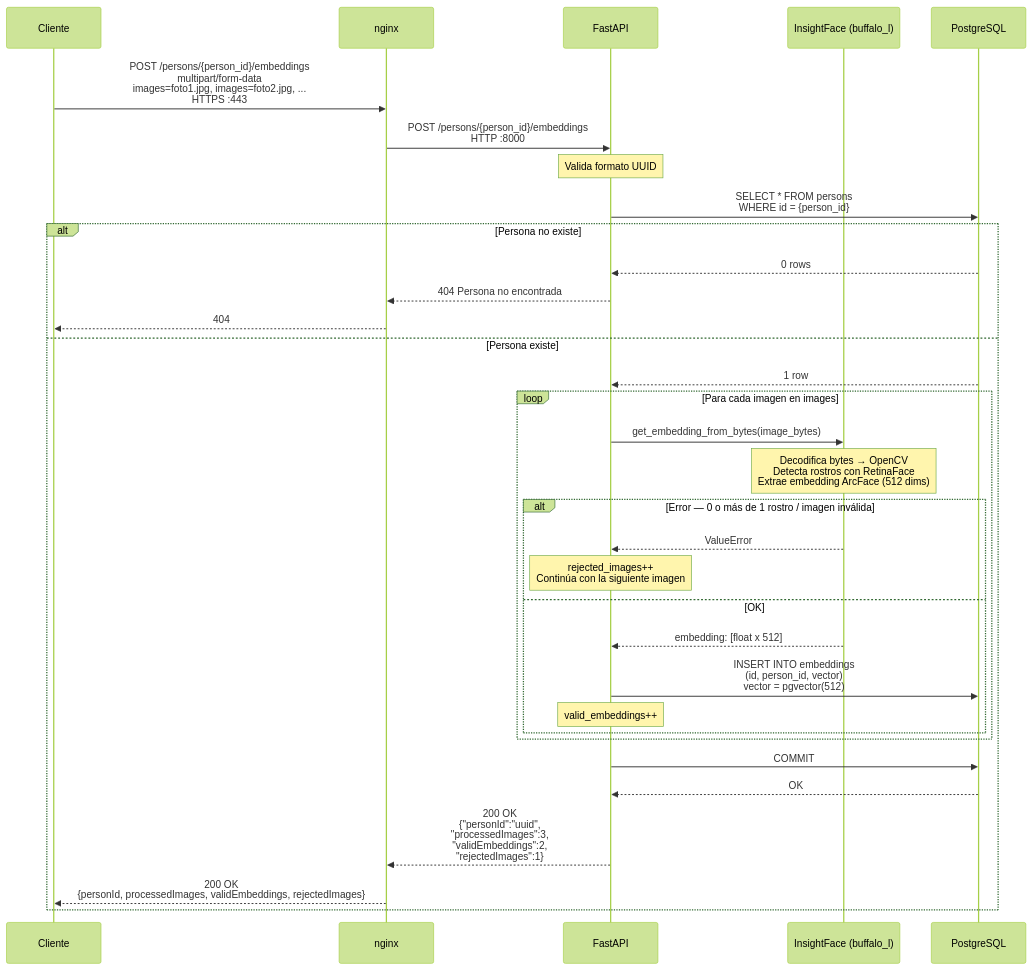
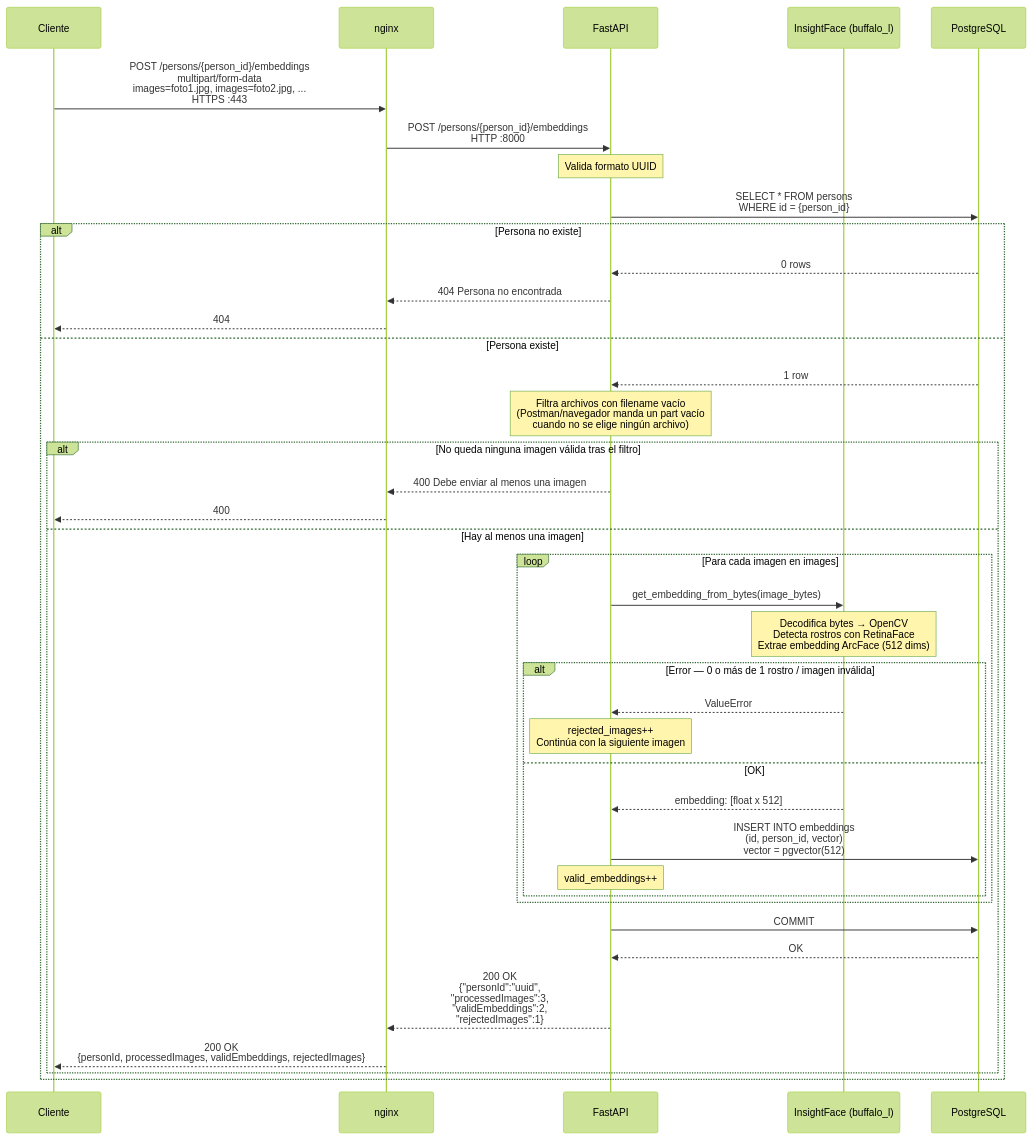
Before and after one commit to bautimacedo/SOA-ComputerVision-2026: the eighth of 13 diagrams in Documentación/SECUENCIAS.md, drawn with Mermaid (forest theme). The commit also changed other lines of this file and 7 other files, not shown here.

Commit message:
Corrección de agregar extra en registrar, endpoint de embeddings no pedia la imagen y actualizamos la documetnacion y el postman

````diff
--- a/Documentación/SECUENCIAS.md
+++ b/Documentación/SECUENCIAS.md
@@ -242,41 +249,48 @@
 ```mermaid
 sequenceDiagram
     participant C as Cliente
     participant N as nginx
     participant F as FastAPI
     participant IF as InsightFace (buffalo_l)
     participant DB as PostgreSQL
 
     C->>N: POST /persons/{person_id}/embeddings<br/>multipart/form-data<br/>images=foto1.jpg, images=foto2.jpg, ...<br/>HTTPS :443
     N->>F: POST /persons/{person_id}/embeddings<br/>HTTP :8000
 
     Note over F: Valida formato UUID
 
     F->>DB: SELECT * FROM persons<br/>WHERE id = {person_id}
 
     alt Persona no existe
         DB-->>F: 0 rows
         F-->>N: 404 Persona no encontrada
         N-->>C: 404
     else Persona existe
         DB-->>F: 1 row
 
-        loop Para cada imagen en images
-            F->>IF: get_embedding_from_bytes(image_bytes)
-            Note over IF: Decodifica bytes → OpenCV<br/>Detecta rostros con RetinaFace<br/>Extrae embedding ArcFace (512 dims)
-            alt Error — 0 o más de 1 rostro / imagen inválida
-                IF-->>F: ValueError
-                Note over F: rejected_images++<br/>Continúa con la siguiente imagen
-            else OK
-                IF-->>F: embedding: [float x 512]
-                F->>DB: INSERT INTO embeddings<br/>(id, person_id, vector)<br/>vector = pgvector(512)
-                Note over F: valid_embeddings++
+        Note over F: Filtra archivos con filename vacío<br/>(Postman/navegador manda un part vacío<br/>cuando no se elige ningún archivo)
+
+        alt No queda ninguna imagen válida tras el filtro
+            F-->>N: 400 Debe enviar al menos una imagen
+            N-->>C: 400
+        else Hay al menos una imagen
+            loop Para cada imagen en images
+                F->>IF: get_embedding_from_bytes(image_bytes)
+                Note over IF: Decodifica bytes → OpenCV<br/>Detecta rostros con RetinaFace<br/>Extrae embedding ArcFace (512 dims)
+                alt Error — 0 o más de 1 rostro / imagen inválida
+                    IF-->>F: ValueError
+                    Note over F: rejected_images++<br/>Continúa con la siguiente imagen
+                else OK
+                    IF-->>F: embedding: [float x 512]
+                    F->>DB: INSERT INTO embeddings<br/>(id, person_id, vector)<br/>vector = pgvector(512)
+                    Note over F: valid_embeddings++
+                end
             end
+
+            F->>DB: COMMIT
+            DB-->>F: OK
+            F-->>N: 200 OK<br/>{"personId":"uuid",<br/>"processedImages":3,<br/>"validEmbeddings":2,<br/>"rejectedImages":1}
+            N-->>C: 200 OK<br/>{personId, processedImages, validEmbeddings, rejectedImages}
         end
-
-        F->>DB: COMMIT
-        DB-->>F: OK
-        F-->>N: 200 OK<br/>{"personId":"uuid",<br/>"processedImages":3,<br/>"validEmbeddings":2,<br/>"rejectedImages":1}
-        N-->>C: 200 OK<br/>{personId, processedImages, validEmbeddings, rejectedImages}
     end
 ```
````
